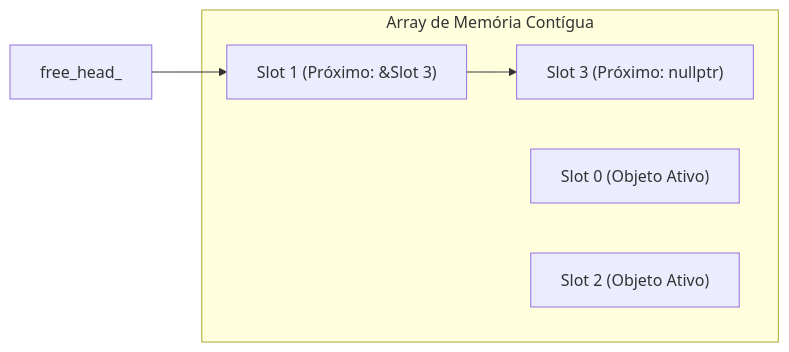
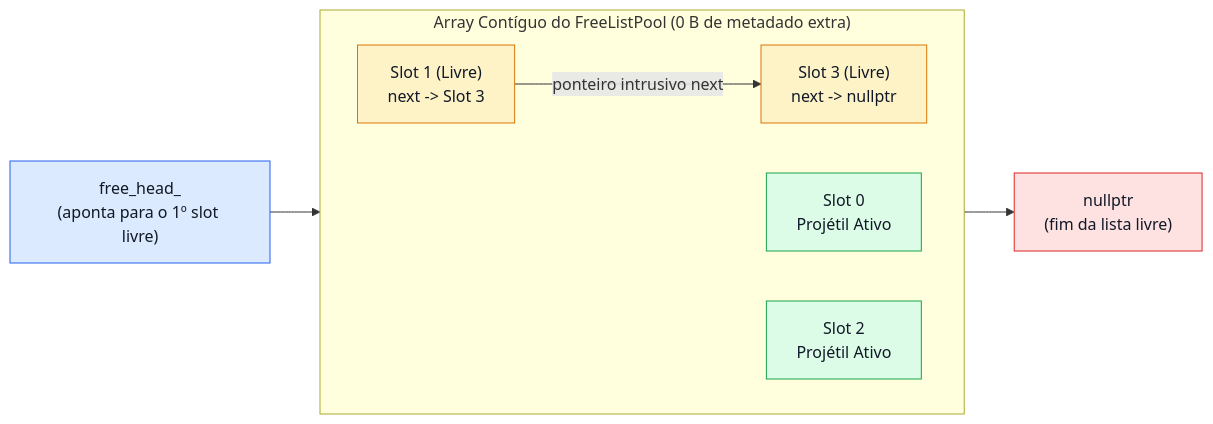
One commit to LevyArsOS/cpp-lessons changed the diagram in lessons/MemoryPool/Tutorial/pt-br.md. Above: the diagram before and after it, drawn with Mermaid. The commit also changed other lines of this file, not shown here.

First line of the commit message:
docs(memory-pool): fix Mermaid diagram and expand Portuguese tutorial

````diff
--- a/lessons/MemoryPool/Tutorial/pt-br.md
+++ b/lessons/MemoryPool/Tutorial/pt-br.md
@@ -35,11 +36,20 @@
 ```mermaid
 flowchart LR
-    Head["free_head_"] --> S1["Slot 1 (Próximo: &Slot 3)"]
-    S1 --> S3["Slot 3 (Próximo: nullptr)"]
-    subgraph Storage["Array de Memória Contígua"]
-        S0["Slot 0 (Objeto Ativo)"]
-        S1
-        S2["Slot 2 (Objeto Ativo)"]
-        S3
+    classDef slow fill:#fee2e2,stroke:#dc2626,color:#111827
+    classDef fast fill:#dcfce7,stroke:#16a34a,color:#111827
+    classDef cpu fill:#dbeafe,stroke:#2563eb,color:#111827
+    classDef warn fill:#fef3c7,stroke:#d97706,color:#111827
+
+    Head["free_head_<br/>(aponta para o 1º slot livre)"]:::cpu --> S1
+
+    subgraph Storage["Array Contíguo do FreeListPool (0 B de metadado extra)"]
+        direction LR
+        S0["Slot 0<br/>Projétil Ativo"]:::fast
+        S1["Slot 1 (Livre)<br/>next -&gt; Slot 3"]:::warn
+        S2["Slot 2<br/>Projétil Ativo"]:::fast
+        S3["Slot 3 (Livre)<br/>next -&gt; nullptr"]:::warn
     end
+
+    S1 -->|"ponteiro intrusivo next"| S3
+    S3 --> Null["nullptr<br/>(fim da lista livre)"]:::slow
 ```
````
